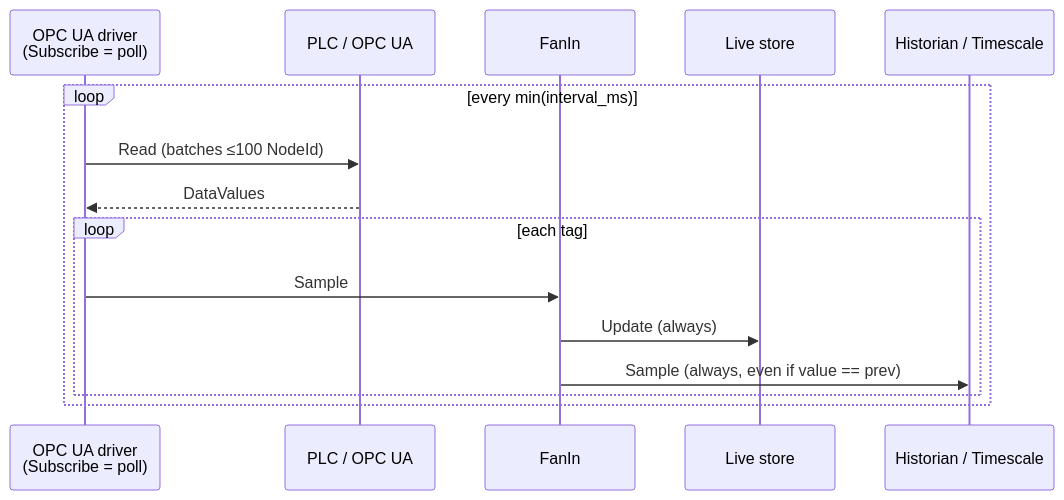
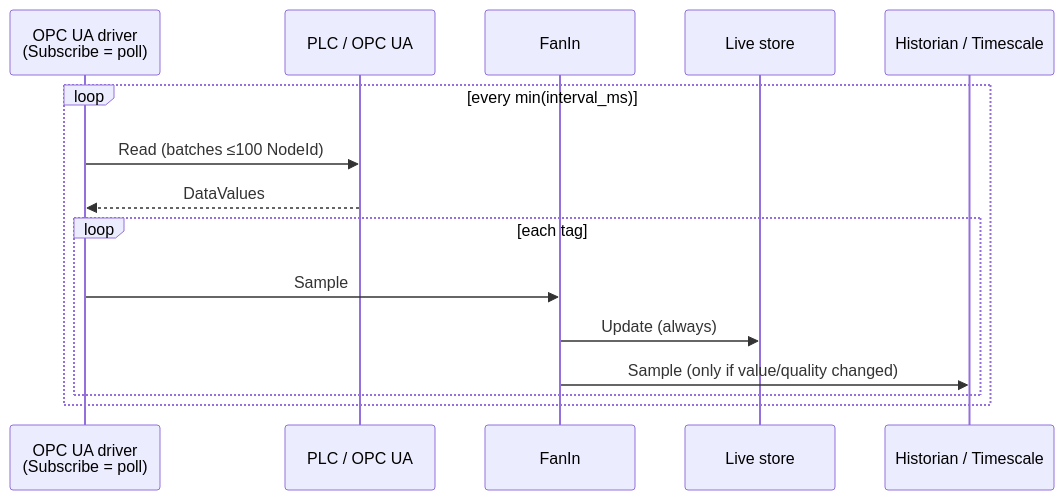
Before and after one commit to popelev/level2: the first of 2 diagrams in docs/opc-subscription-mode.md, drawn with Mermaid. The commit also changed other lines of this file and 5 other files, not shown here.

First line of the commit message:
Skip Timescale writes when poll samples match Live value and quality.

````diff
--- a/docs/opc-subscription-mode.md
+++ b/docs/opc-subscription-mode.md
@@ -25,18 +25,18 @@
 ```mermaid
 sequenceDiagram
   participant Drv as OPC UA driver<br/>(Subscribe = poll)
   participant PLC as PLC / OPC UA
   participant Fan as FanIn
   participant Live as Live store
   participant Hist as Historian / Timescale
 
   loop every min(interval_ms)
     Drv->>PLC: Read (batches ≤100 NodeId)
     PLC-->>Drv: DataValues
     loop each tag
       Drv->>Fan: Sample
       Fan->>Live: Update (always)
-      Fan->>Hist: Sample (always, even if value == prev)
+      Fan->>Hist: Sample (only if value/quality changed)
     end
   end
 ```
````
